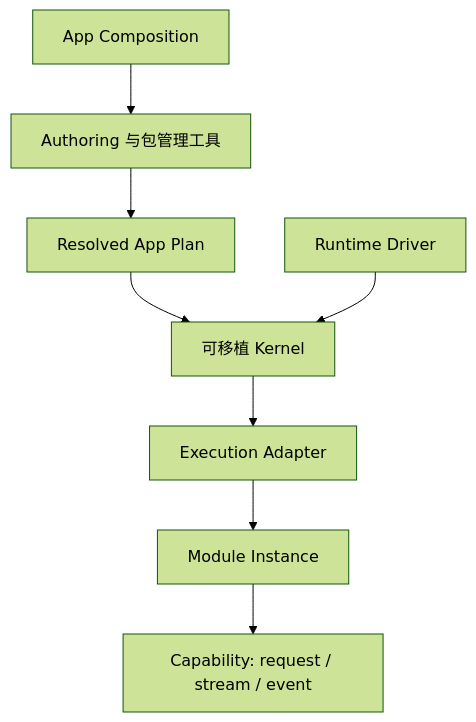
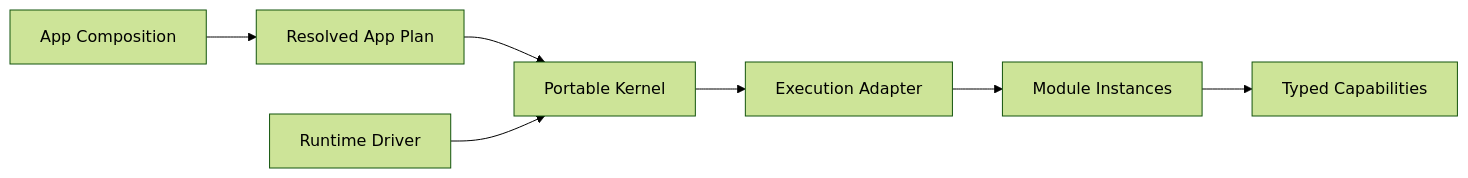
One commit to LioRael/lenso-site changed the diagram in content/docs/zh/index.mdx. Above: the diagram before and after it, drawn with Mermaid (forest theme). The commit also changed other lines of this file and 33 other files, not shown here.

````diff
--- a/content/docs/zh/index.mdx
+++ b/content/docs/zh/index.mdx
@@ -31,10 +24,9 @@
 ```mermaid
-flowchart TD
-  C[App Composition] --> A[Authoring 与包管理工具]
-  A --> P[Resolved App Plan]
-  P --> K[可移植 Kernel]
+flowchart LR
+  A[App Composition] --> P[Resolved App Plan]
+  P --> K[Portable Kernel]
   D[Runtime Driver] --> K
   K --> E[Execution Adapter]
-  E --> M[Module Instance]
-  M --> Q[Capability: request / stream / event]
+  E --> M[Module Instances]
+  M --> C[Typed Capabilities]
 ```
````
